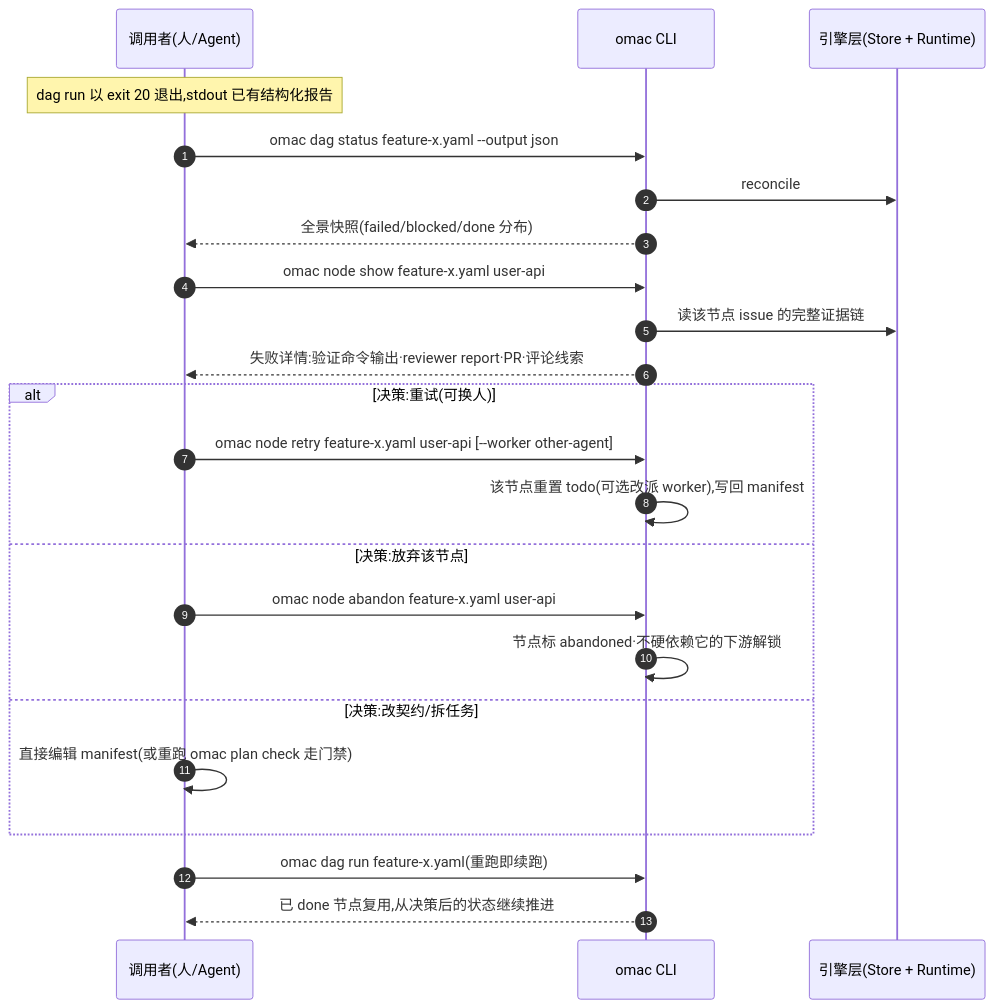
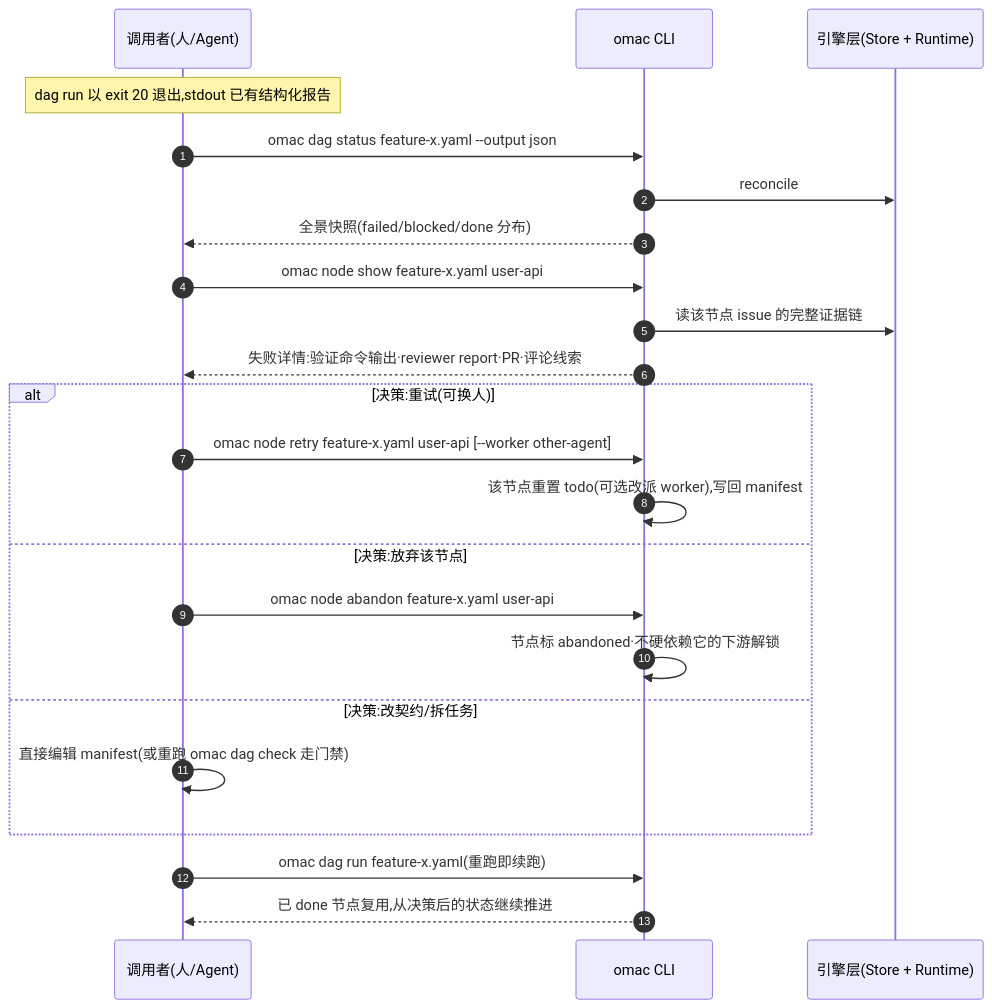
One commit to xiaohei-info/oh-my-multica changed the sixth of 7 diagrams in docs/omac-cli-design.md. Above: the diagram before and after it, drawn with Mermaid. The commit also changed other lines of this file and 10 other files, not shown here.

Commit message:
refactor: move manifest tools under dag

````diff
--- a/docs/omac-cli-design.md
+++ b/docs/omac-cli-design.md
@@ -515,30 +515,30 @@
 ```mermaid
 sequenceDiagram
     autonumber
     participant U as 调用者(人/Agent)
     participant C as omac CLI
     participant M as 引擎层(Store + Runtime)
 
     Note over U: dag run 以 exit 20 退出,stdout 已有结构化报告
 
     U->>C: omac dag status feature-x.yaml --output json
     C->>M: reconcile
     C-->>U: 全景快照(failed/blocked/done 分布)
 
     U->>C: omac node show feature-x.yaml user-api
     C->>M: 读该节点 issue 的完整证据链
     C-->>U: 失败详情:验证命令输出·reviewer report·PR·评论线索
 
     alt 决策:重试(可换人)
         U->>C: omac node retry feature-x.yaml user-api [--worker other-agent]
         C->>C: 该节点重置 todo(可选改派 worker),写回 manifest
     else 决策:放弃该节点
         U->>C: omac node abandon feature-x.yaml user-api
         C->>C: 节点标 abandoned·不硬依赖它的下游解锁
     else 决策:改契约/拆任务
-        U->>U: 直接编辑 manifest(或重跑 omac plan check 走门禁)
+        U->>U: 直接编辑 manifest(或重跑 omac dag check 走门禁)
     end
 
     U->>C: omac dag run feature-x.yaml(重跑即续跑)
     C-->>U: 已 done 节点复用,从决策后的状态继续推进
 ```
````
